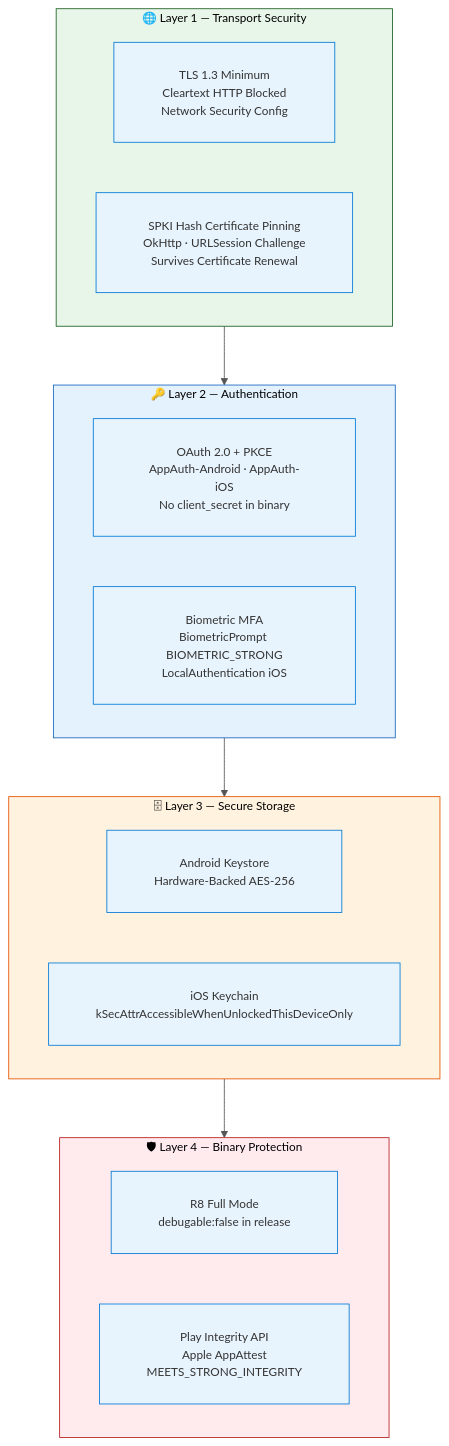
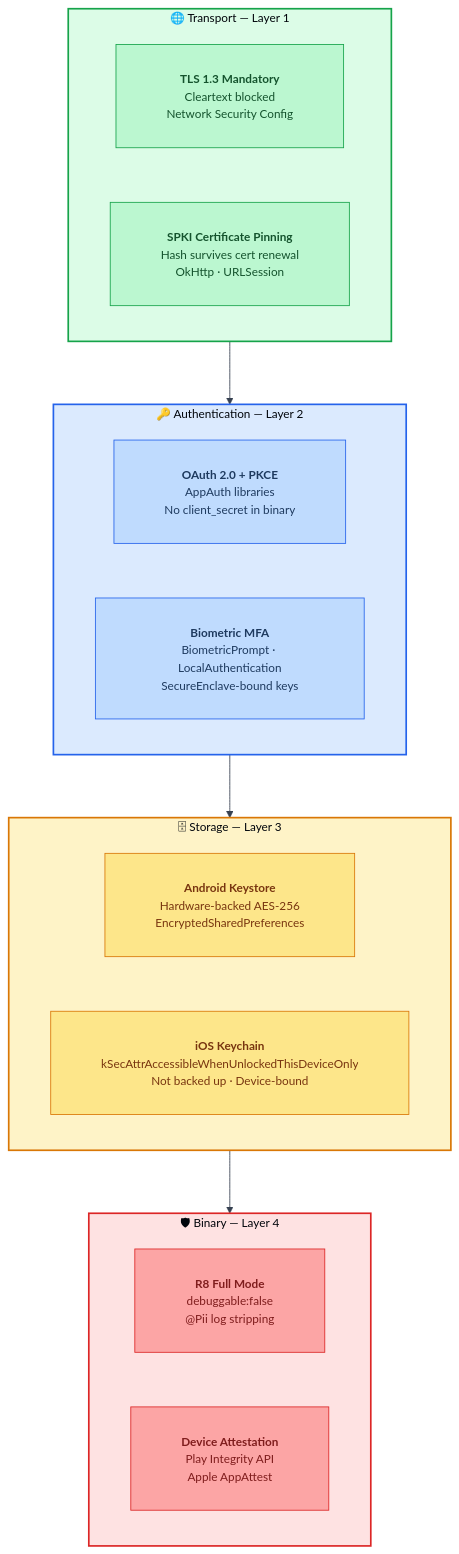
The diagram in content/technology/mobile/security/diagram.mmd (jeril-ascendion/knowledge-library), drawn with Mermaid before and after one commit. The commit also changed 46 other files, not shown here.

```diff
--- a/content/technology/mobile/security/diagram.mmd
+++ b/content/technology/mobile/security/diagram.mmd
@@ -1,23 +1,35 @@
-%%{init:{'theme':'base','themeVariables':{'fontSize':'14px','fontFamily':'IBM Plex Sans','primaryColor':'#E8F4FD','primaryBorderColor':'#0078D4','lineColor':'#555555','clusterBkg':'#F8F9FA'},'flowchart':{'curve':'orthogonal','padding':28,'nodeSpacing':60,'rankSpacing':70}}}%%
+%%{init:{'theme':'base','themeVariables':{'fontSize':'14px','fontFamily':'IBM Plex Sans, system-ui','primaryColor':'#DBEAFE','primaryTextColor':'#1e3a5f','primaryBorderColor':'#2563EB','lineColor':'#374151','clusterBkg':'#F9FAFB','clusterBorder':'#D1D5DB','edgeLabelBackground':'#FFFFFF'},'flowchart':{'curve':'orthogonal','padding':30,'nodeSpacing':65,'rankSpacing':75,'useMaxWidth':true}}}%%
 flowchart TD
-    subgraph L1["🌐 Layer 1 — Transport Security"]
-        TLS["TLS 1.3 Minimum\nCleartext HTTP Blocked\nNetwork Security Config"]
-        SPKI["SPKI Hash Certificate Pinning\nOkHttp · URLSession Challenge\nSurvives Certificate Renewal"]
+    subgraph L1["🌐  Transport — Layer 1"]
+        direction LR
+        TLS["<b>TLS 1.3 Mandatory</b><br/>Cleartext blocked<br/>Network Security Config"]
+        SPKI["<b>SPKI Certificate Pinning</b><br/>Hash survives cert renewal<br/>OkHttp · URLSession"]
     end
-    subgraph L2["🔑 Layer 2 — Authentication"]
-        PKCE["OAuth 2.0 + PKCE\nAppAuth-Android · AppAuth-iOS\nNo client_secret in binary"]
-        BIO["Biometric MFA\nBiometricPrompt BIOMETRIC_STRONG\nLocalAuthentication iOS"]
+    subgraph L2["🔑  Authentication — Layer 2"]
+        direction LR
+        PKCE["<b>OAuth 2.0 + PKCE</b><br/>AppAuth libraries<br/>No client_secret in binary"]
+        BIO["<b>Biometric MFA</b><br/>BiometricPrompt · LocalAuthentication<br/>SecureEnclave-bound keys"]
     end
-    subgraph L3["🗄 Layer 3 — Secure Storage"]
-        AKS["Android Keystore\nHardware-Backed AES-256"]
-        IOK["iOS Keychain\nkSecAttrAccessibleWhenUnlockedThisDeviceOnly"]
+    subgraph L3["🗄  Storage — Layer 3"]
+        direction LR
+        AKS["<b>Android Keystore</b><br/>Hardware-backed AES-256<br/>EncryptedSharedPreferences"]
+        IOK["<b>iOS Keychain</b><br/>kSecAttrAccessibleWhenUnlockedThisDeviceOnly<br/>Not backed up · Device-bound"]
     end
-    subgraph L4["🛡 Layer 4 — Binary Protection"]
-        R8["R8 Full Mode\ndebugable:false in release"]
-        ATT["Play Integrity API\nApple AppAttest\nMEETS_STRONG_INTEGRITY"]
+    subgraph L4["🛡  Binary — Layer 4"]
+        direction LR
+        R8["<b>R8 Full Mode</b><br/>debuggable:false<br/>@Pii log stripping"]
+        ATT["<b>Device Attestation</b><br/>Play Integrity API<br/>Apple AppAttest"]
     end
     L1 --> L2 --> L3 --> L4
-    style L1 fill:#E8F5E9,stroke:#1B5E20
-    style L2 fill:#E3F2FD,stroke:#1565C0
-    style L3 fill:#FFF3E0,stroke:#E65100
-    style L4 fill:#FFEBEE,stroke:#B71C1C
+    style L1 fill:#DCFCE7,stroke:#16A34A,stroke-width:2px
+    style L2 fill:#DBEAFE,stroke:#2563EB,stroke-width:2px
+    style L3 fill:#FEF3C7,stroke:#D97706,stroke-width:2px
+    style L4 fill:#FEE2E2,stroke:#DC2626,stroke-width:2px
+    style TLS fill:#BBF7D0,stroke:#16A34A,color:#14532D
+    style SPKI fill:#BBF7D0,stroke:#16A34A,color:#14532D
+    style PKCE fill:#BFDBFE,stroke:#2563EB,color:#1e3a5f
+    style BIO fill:#BFDBFE,stroke:#2563EB,color:#1e3a5f
+    style AKS fill:#FDE68A,stroke:#D97706,color:#78350F
+    style IOK fill:#FDE68A,stroke:#D97706,color:#78350F
+    style R8 fill:#FCA5A5,stroke:#DC2626,color:#7f1d1d
+    style ATT fill:#FCA5A5,stroke:#DC2626,color:#7f1d1d
```
